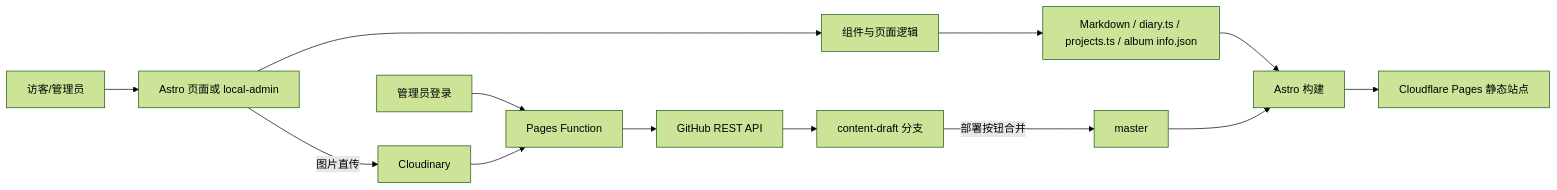
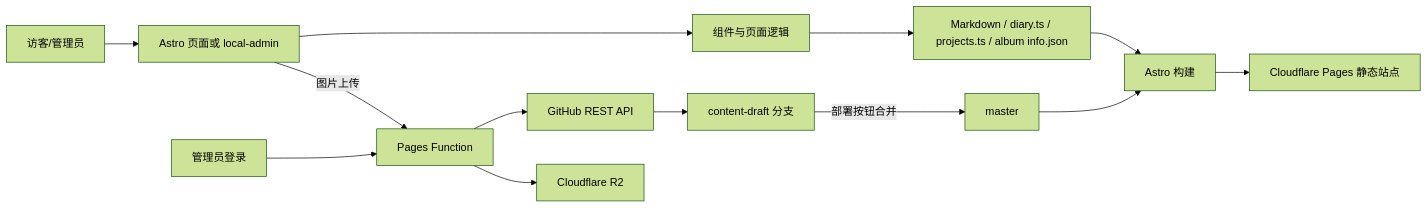
The diagram in PROJECT_CONTEXT.md (chuanK6/my-Mizuki), drawn with Mermaid (forest theme) before and after one commit. The commit also changed other lines of this file and 15 other files, not shown here.

Commit message:
//图片使用R2存储

````diff
--- a/PROJECT_CONTEXT.md
+++ b/PROJECT_CONTEXT.md
@@ -70,15 +75,15 @@
 ```mermaid
 flowchart LR
   U[访客/管理员] --> P[Astro 页面或 local-admin]
   P --> C[组件与页面逻辑]
   C --> D[Markdown / diary.ts / projects.ts / album info.json]
   D --> B[Astro 构建]
   B --> S[Cloudflare Pages 静态站点]
   A[管理员登录] --> F[Pages Function]
   F --> G[GitHub REST API]
   G --> E[content-draft 分支]
   E -->|部署按钮合并| M[master]
   M --> B
-  P -->|图片直传| CL[Cloudinary]
-  CL --> F
+  P -->|图片上传| F
+  F --> R2[Cloudflare R2]
 ```
````
